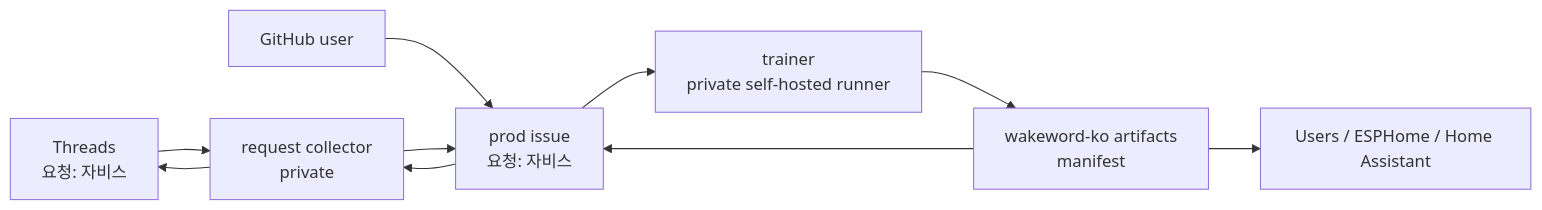
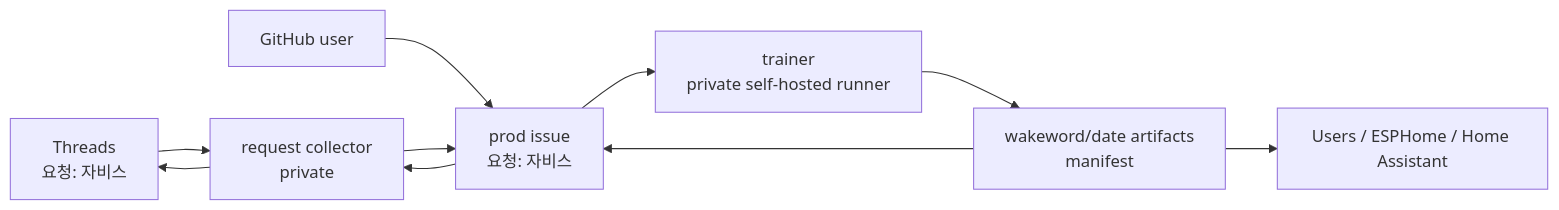
One commit to UnripePlum/korean-wakeword changed the first of 2 diagrams in docs/ARCHITECTURE.md. Above: the diagram before and after it, drawn with Mermaid. The commit also changed other lines of this file and 3 other files, not shown here.

Commit message:
Use date-based wakeword artifact paths

````diff
--- a/docs/ARCHITECTURE.md
+++ b/docs/ARCHITECTURE.md
@@ -11,12 +11,12 @@
 ```mermaid
 flowchart LR
     A["Threads<br/>요청: 자비스"] --> B["request collector<br/>private"]
     X["GitHub user"] --> C["prod issue<br/>요청: 자비스"]
     B --> C
     C --> D["trainer<br/>private self-hosted runner"]
-    D --> E["wakeword-ko artifacts<br/>manifest"]
+    D --> E["wakeword/date artifacts<br/>manifest"]
     E --> C
     C --> B
     B --> A
     E --> F["Users / ESPHome / Home Assistant"]
 ```
````
